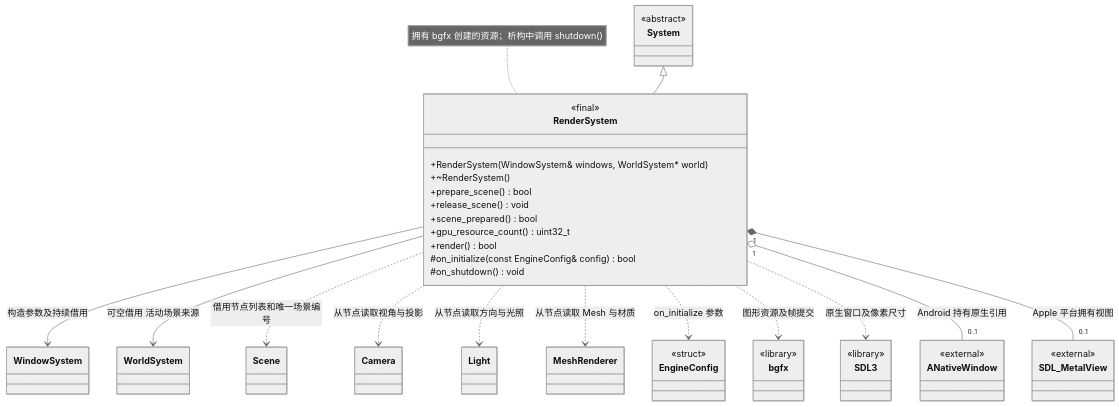
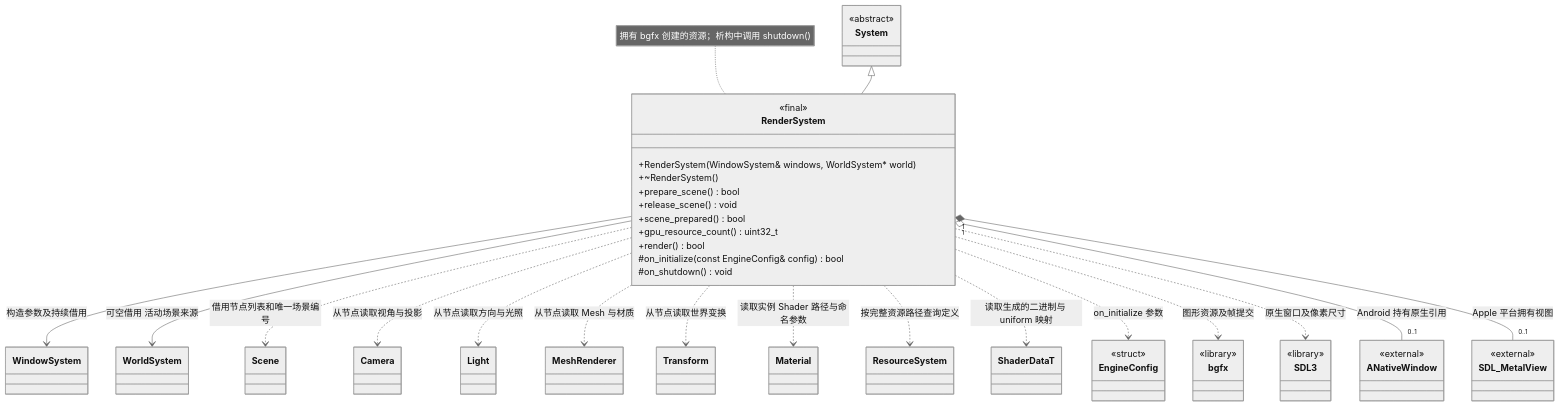
One commit to lcals/Engine changed the diagram in docs/runtime/class-diagrams/render-system.md. Above: the diagram before and after it, drawn with Mermaid (neutral theme). The commit also changed other lines of this file and 93 other files, not shown here.

````diff
--- a/docs/runtime/class-diagrams/render-system.md
+++ b/docs/runtime/class-diagrams/render-system.md
@@ -7,53 +7,61 @@
 ```mermaid
 classDiagram
     direction TB
     class RenderSystem {
         <<final>>
         +RenderSystem(WindowSystem& windows, WorldSystem* world)
         +~RenderSystem()
         +prepare_scene() bool
         +release_scene() void
         +scene_prepared() bool
         +gpu_resource_count() uint32_t
         +render() bool
         #on_initialize(const EngineConfig& config) bool
         #on_shutdown() void
     }
     class System {
         <<abstract>>
     }
     class WindowSystem
     class WorldSystem
     class Scene
     class Camera
     class Light
     class MeshRenderer
+    class Transform
+    class Material
+    class ResourceSystem
+    class ShaderDataT
     class EngineConfig {
         <<struct>>
     }
     class bgfx {
         <<library>>
     }
     class SDL3 {
         <<library>>
     }
     class ANativeWindow {
         <<external>>
     }
     class SDL_MetalView {
         <<external>>
     }
     System <|-- RenderSystem
     RenderSystem --> WindowSystem : 构造参数及持续借用
     RenderSystem --> WorldSystem : 可空借用 活动场景来源
     RenderSystem ..> Scene : 借用节点列表和唯一场景编号
     RenderSystem ..> Camera : 从节点读取视角与投影
     RenderSystem ..> Light : 从节点读取方向与光照
     RenderSystem ..> MeshRenderer : 从节点读取 Mesh 与材质
+    RenderSystem ..> Transform : 从节点读取世界变换
+    RenderSystem ..> Material : 读取实例 Shader 路径与命名参数
+    RenderSystem ..> ResourceSystem : 按完整资源路径查询定义
+    RenderSystem ..> ShaderDataT : 读取生成的二进制与 uniform 映射
     RenderSystem ..> EngineConfig : on_initialize 参数
     RenderSystem ..> bgfx : 图形资源及帧提交
     RenderSystem ..> SDL3 : 原生窗口及像素尺寸
     RenderSystem "1" o-- "0..1" ANativeWindow : Android 持有原生引用
     RenderSystem "1" *-- "0..1" SDL_MetalView : Apple 平台拥有视图
     note for RenderSystem "拥有 bgfx 创建的资源；析构中调用 shutdown()"
 ```
````
